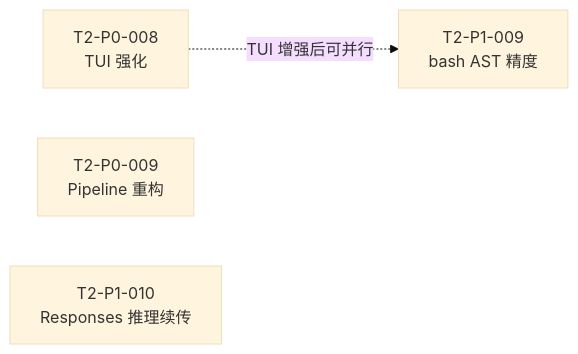
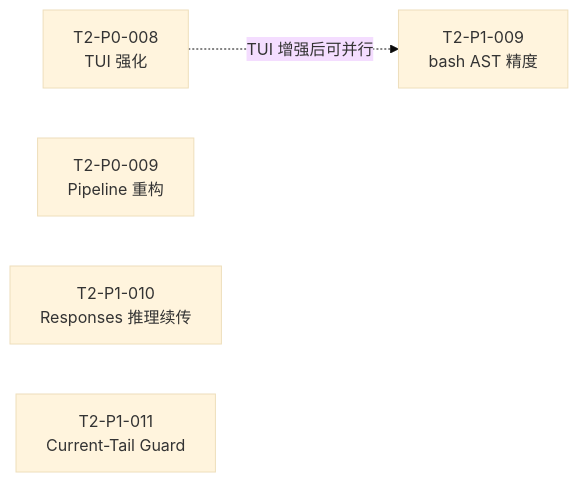
Before and after one commit to teisun/tomcat-agent: the diagram in tomcat/agents/TASK_BOARD_002/README.md, drawn with Mermaid (base theme). The commit also changed other lines of this file and 29 other files, not shown here.

First line of the commit message:
feat(context): 接入 current-tail aggregate guard 并收口阶段二配置

````diff
--- a/tomcat/agents/TASK_BOARD_002/README.md
+++ b/tomcat/agents/TASK_BOARD_002/README.md
@@ -43,10 +44,12 @@
 ```mermaid
 flowchart LR
     P008[T2-P0-008<br/>TUI 强化]
     P009[T2-P0-009<br/>Pipeline 重构]
     P109[T2-P1-009<br/>bash AST 精度]
     P110[T2-P1-010<br/>Responses 推理续传]
+    P111[T2-P1-011<br/>Current-Tail Guard]
     P008 -.->|TUI 增强后可并行| P109
     P009
     P110
+    P111
 ```
````
